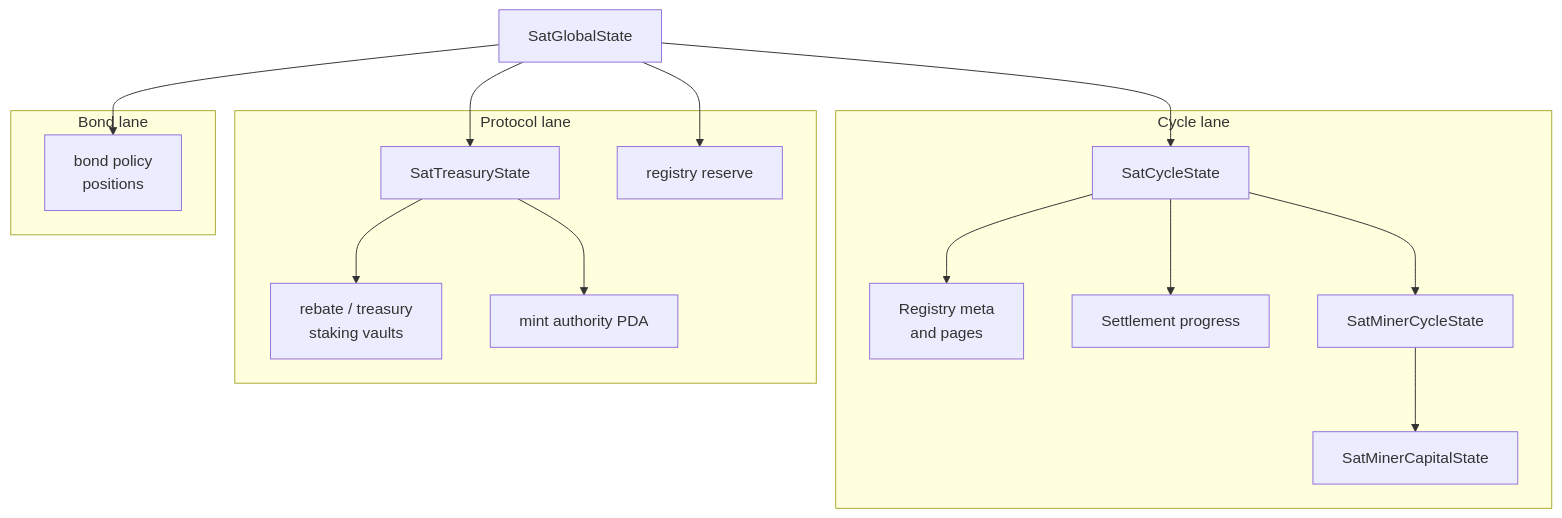
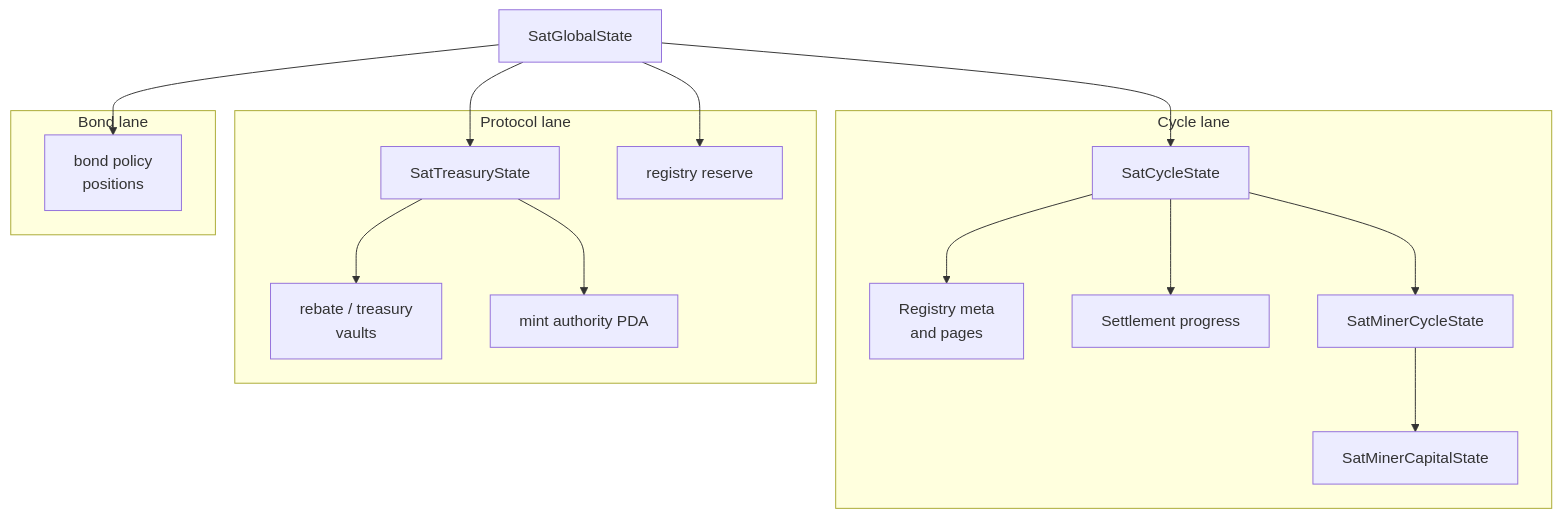
The second of 2 diagrams in docs/plugins/crypto/mining-protocol.md (fased-ai/fased), drawn with Mermaid before and after one commit. The commit also changed other lines of this file and 30 other files, not shown here.

Commit message:
Optimize SAT maintainer cleanup flow

````diff
--- a/docs/plugins/crypto/mining-protocol.md
+++ b/docs/plugins/crypto/mining-protocol.md
@@ -435,34 +431,34 @@
 ```mermaid
 flowchart TD
   Global["SatGlobalState"]
 
   subgraph CycleLane["Cycle lane"]
     Cycle["SatCycleState"]
     Registry["Registry meta<br/>and pages"]
     Settlement["Settlement progress"]
     MinerCycle["SatMinerCycleState"]
     Capital["SatMinerCapitalState"]
   end
 
   subgraph ProtocolLane["Protocol lane"]
     Treasury["SatTreasuryState"]
-    Vaults["rebate / treasury<br/>staking vaults"]
+    Vaults["rebate / treasury<br/>vaults"]
     Reserve["registry reserve"]
     Mint["mint authority PDA"]
   end
 
   subgraph BondLane["Bond lane"]
     Bond["bond policy<br/>positions"]
   end
 
   Global --> Cycle
   Cycle --> Registry
   Cycle --> Settlement
   Cycle --> MinerCycle
   MinerCycle --> Capital
   Global --> Treasury
   Treasury --> Vaults
   Treasury --> Mint
   Global --> Reserve
   Global --> Bond
 ```
````
